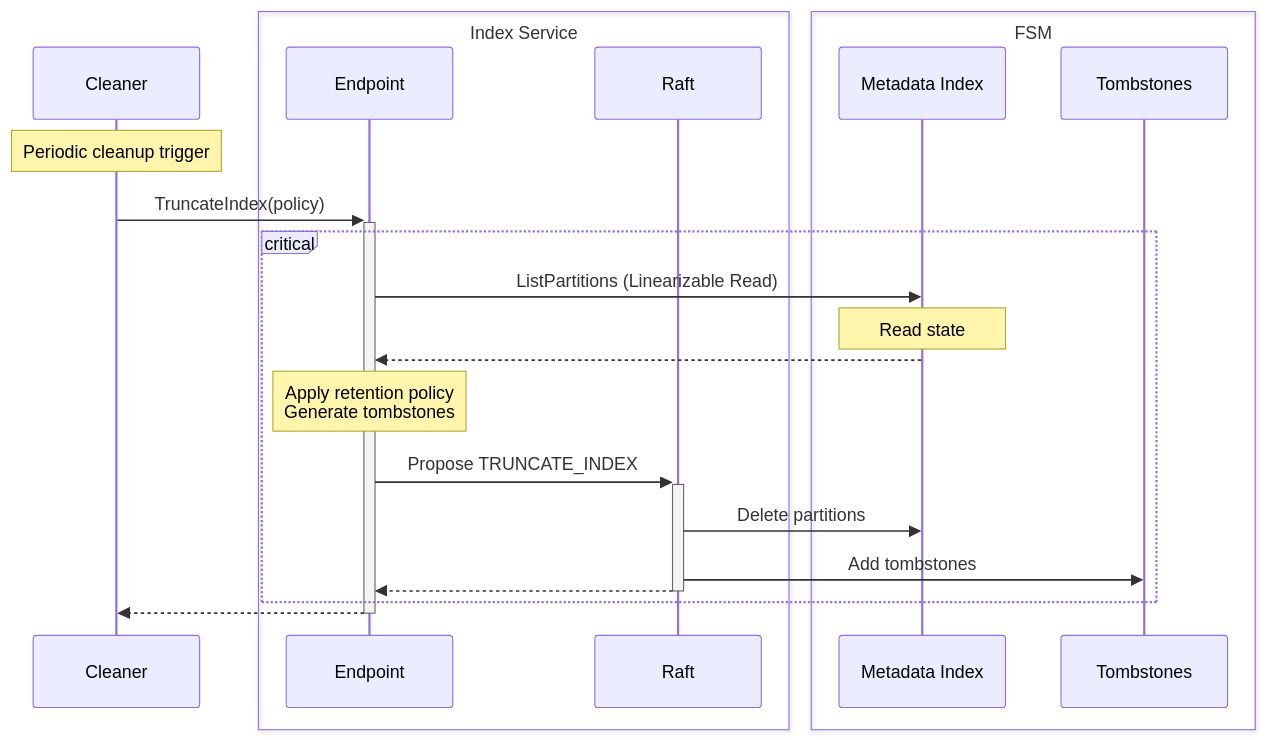
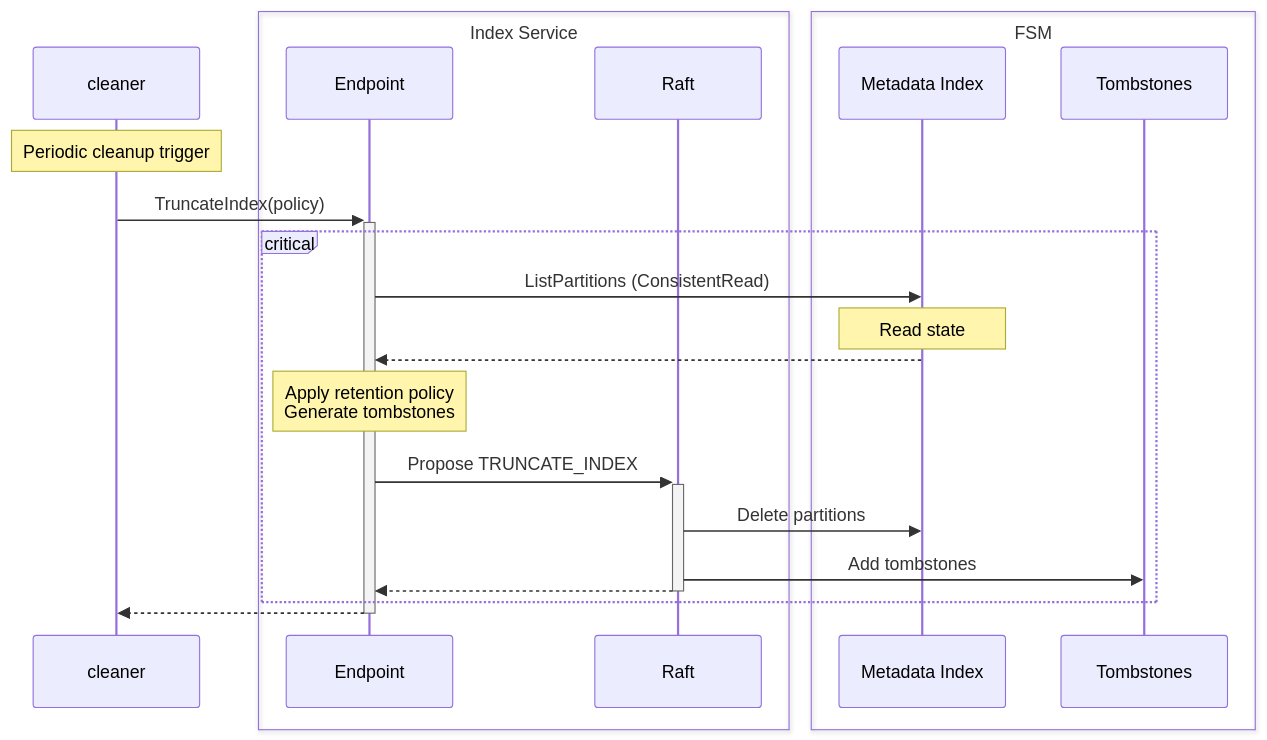
One commit to grafana/pyroscope changed the third of 3 diagrams in pkg/experiment/metastore/index/README.md. Above: the diagram before and after it, drawn with Mermaid. The commit also changed other lines of this file and 1 other file, not shown here.

Commit message:
Clarify use of linearizable read

````diff
--- a/pkg/experiment/metastore/index/README.md
+++ b/pkg/experiment/metastore/index/README.md
@@ -217,28 +230,28 @@
 ```mermaid
 sequenceDiagram
-    participant C as Cleaner
+    participant C as cleaner
     
     box Index Service
         participant H as Endpoint
         participant R as Raft
     end
     
     box FSM
         participant MI as Metadata Index
         participant T as Tombstones
     end
 
     Note over C: Periodic cleanup trigger
     C->>+H: TruncateIndex(policy)
         critical
-            H->>MI: ListPartitions (Linearizable Read)
+            H->>MI: ListPartitions (ConsistentRead)
             Note over MI: Read state
             MI-->>H: 
             Note over H: Apply retention policy<br/>Generate tombstones
             H->>+R: Propose TRUNCATE_INDEX
                 R->>MI: Delete partitions
                 R->>T: Add tombstones
             R-->>-H: 
         end
     H-->>-C: 
 ```
````
